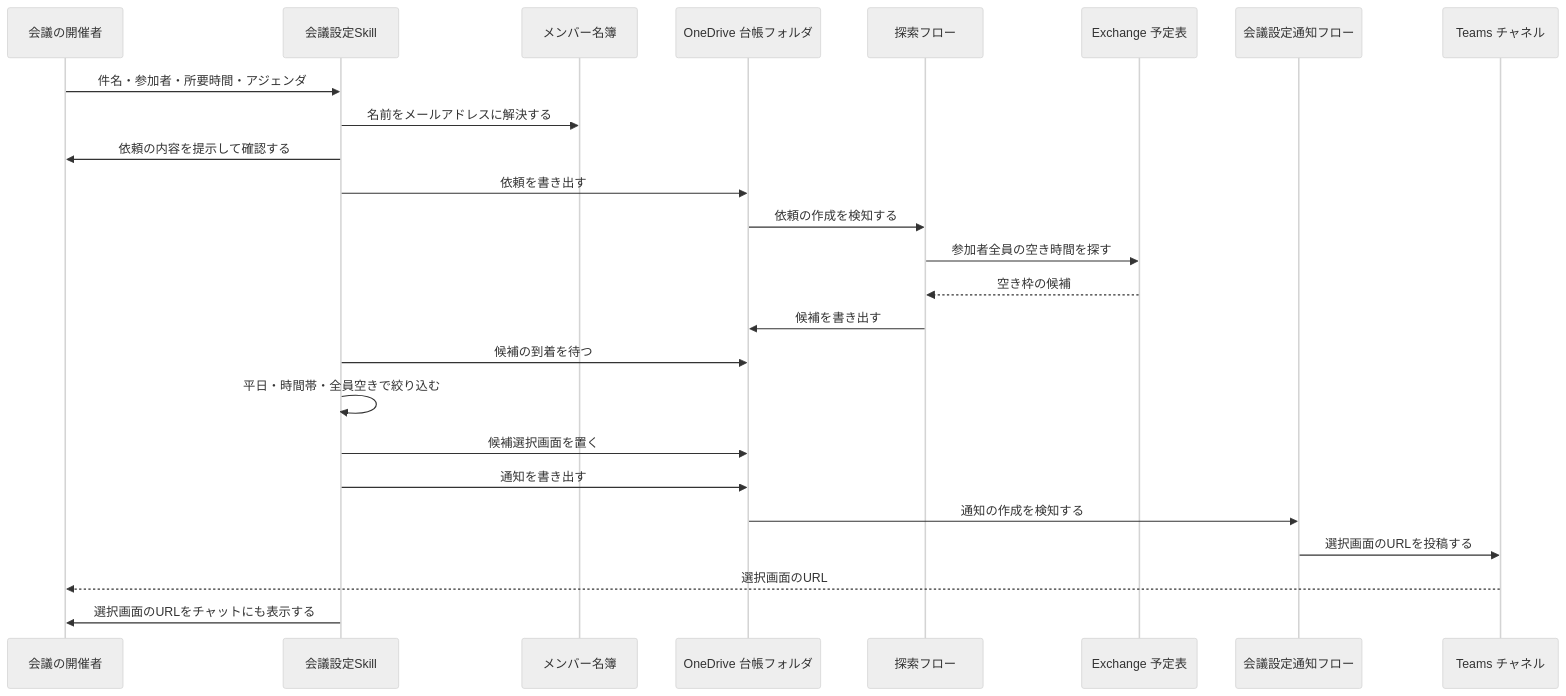
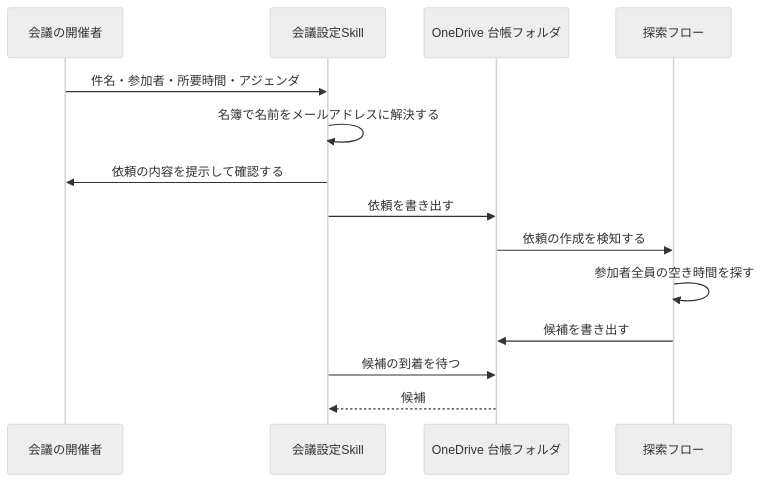
The first of 7 diagrams in apps/meeting-setup-automation/specs/meeting-scheduling/design.md (dnode-ryosuke-yamazaki/study), drawn with Mermaid (neutral theme) before and after one commit. The commit also changed other lines of this file and 4 other files, not shown here.

````diff
--- a/apps/meeting-setup-automation/specs/meeting-scheduling/design.md
+++ b/apps/meeting-setup-automation/specs/meeting-scheduling/design.md
@@ -32,28 +32,17 @@
 ```mermaid
 sequenceDiagram
     participant O as 会議の開催者
     participant S as 会議設定Skill
-    participant R as メンバー名簿
     participant D as OneDrive 台帳フォルダ
     participant F1 as 探索フロー
-    participant C as Exchange 予定表
-    participant N as 会議設定通知フロー
-    participant T as Teams チャネル
 
     O->>S: 件名・参加者・所要時間・アジェンダ
-    S->>R: 名前をメールアドレスに解決する
+    S->>S: 名簿で名前をメールアドレスに解決する
     S->>O: 依頼の内容を提示して確認する
     S->>D: 依頼を書き出す
     D->>F1: 依頼の作成を検知する
-    F1->>C: 参加者全員の空き時間を探す
-    C-->>F1: 空き枠の候補
+    F1->>F1: 参加者全員の空き時間を探す
     F1->>D: 候補を書き出す
     S->>D: 候補の到着を待つ
-    S->>S: 平日・時間帯・全員空きで絞り込む
-    S->>D: 候補選択画面を置く
-    S->>D: 通知を書き出す
-    D->>N: 通知の作成を検知する
-    N->>T: 選択画面のURLを投稿する
-    T-->>O: 選択画面のURL
-    S->>O: 選択画面のURLをチャットにも表示する
+    D-->>S: 候補
 ```
````
